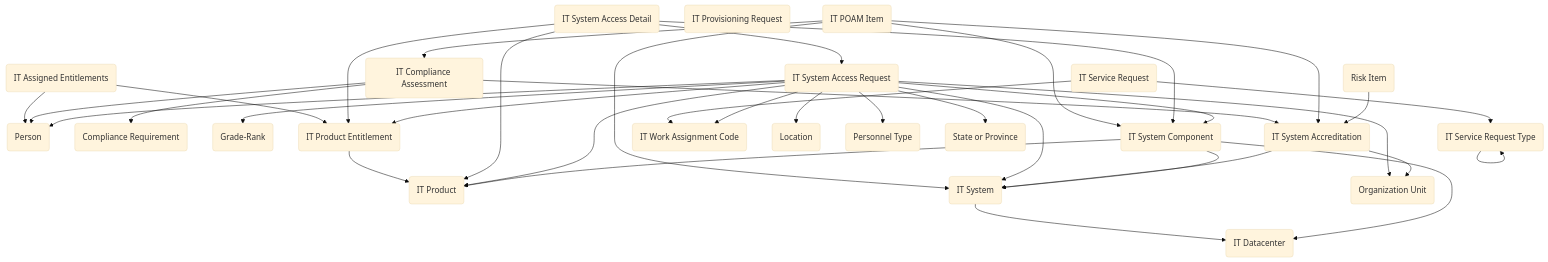
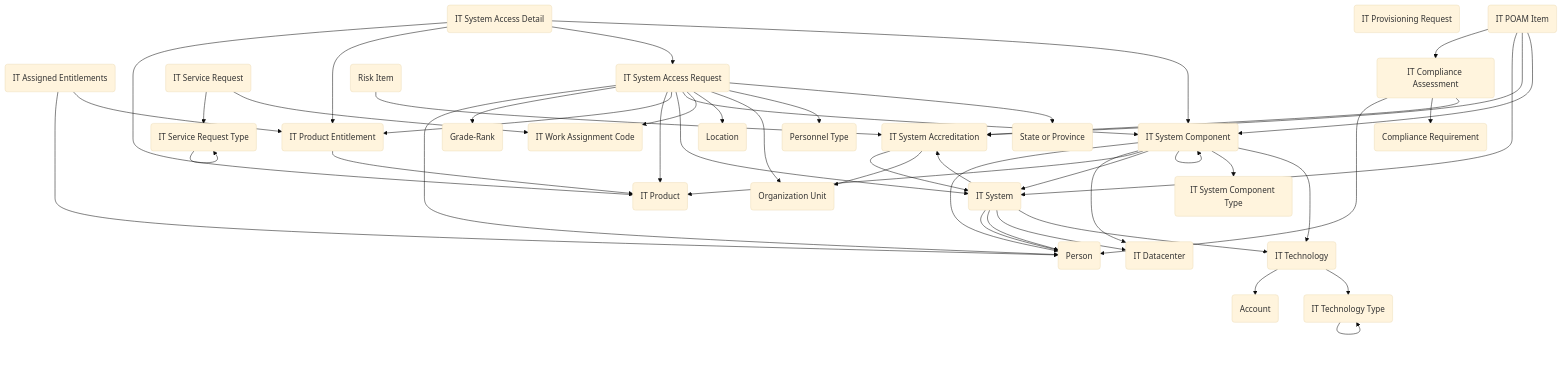
Before and after one commit to microsoft/gov-solutions: the diagram in _data_models/it-service-management.md, drawn with Mermaid (base theme). The commit also changed other lines of this file and 6 other files, not shown here.

````diff
--- a/_data_models/it-service-management.md
+++ b/_data_models/it-service-management.md
@@ -28,62 +32,77 @@
 ```mermaid
 graph TD
+  Account(Account)
   Contact(Person)
   govcdm_ComplianceRequirement(Compliance Requirement)
   govcdm_graderank(Grade-Rank)
   govcdm_ITAssignedEntitlements(IT Assigned Entitlements)
   govcdm_ITComplianceAssessment(IT Compliance Assessment)
   govcdm_ITDatacenter(IT Datacenter)
   govcdm_ITPOAMItem(IT POAM Item)
   govcdm_ITProduct(IT Product)
   govcdm_ITProductEntitlement(IT Product Entitlement)
   govcdm_ITProvisioningRequest(IT Provisioning Request)
   govcdm_ITServiceRequest(IT Service Request)
   govcdm_ITServiceRequestType(IT Service Request Type)
   govcdm_ITSystem(IT System)
   govcdm_ITSystemAccessDetail(IT System Access Detail)
   govcdm_ITSystemAccessRequest(IT System Access Request)
   govcdm_ITSystemAccreditation(IT System Accreditation)
   govcdm_ITSystemComponent(IT System Component)
+  govcdm_ITSystemComponentType(IT System Component Type)
+  govcdm_ITTechnology(IT Technology)
+  govcdm_ITTechnologyType(IT Technology Type)
   govcdm_ITWorkAssignmentCode(IT Work Assignment Code)
   govcdm_Location(Location)
   govcdm_organizationunit(Organization Unit)
   govcdm_personneltype(Personnel Type)
   govcdm_RiskItem(Risk Item)
   govcdm_stateorprovince(State or Province)
+  govcdm_ITTechnology --> Account
   govcdm_ITAssignedEntitlements --> Contact
   govcdm_ITComplianceAssessment --> Contact
+  govcdm_ITSystem --> Contact
+  govcdm_ITSystem --> Contact
   govcdm_ITSystemAccessRequest --> Contact
+  govcdm_ITSystemComponent --> Contact
   govcdm_ITComplianceAssessment --> govcdm_ComplianceRequirement
   govcdm_ITSystemAccessRequest --> govcdm_graderank
   govcdm_ITPOAMItem --> govcdm_ITComplianceAssessment
   govcdm_ITSystem --> govcdm_ITDatacenter
   govcdm_ITSystemComponent --> govcdm_ITDatacenter
   govcdm_ITProductEntitlement --> govcdm_ITProduct
   govcdm_ITSystemAccessDetail --> govcdm_ITProduct
   govcdm_ITSystemAccessRequest --> govcdm_ITProduct
   govcdm_ITSystemComponent --> govcdm_ITProduct
   govcdm_ITAssignedEntitlements --> govcdm_ITProductEntitlement
   govcdm_ITSystemAccessDetail --> govcdm_ITProductEntitlement
   govcdm_ITSystemAccessRequest --> govcdm_ITProductEntitlement
   govcdm_ITServiceRequest --> govcdm_ITServiceRequestType
   govcdm_ITServiceRequestType --> govcdm_ITServiceRequestType
   govcdm_ITPOAMItem --> govcdm_ITSystem
   govcdm_ITSystemAccessRequest --> govcdm_ITSystem
   govcdm_ITSystemAccreditation --> govcdm_ITSystem
   govcdm_ITSystemComponent --> govcdm_ITSystem
   govcdm_ITSystemAccessDetail --> govcdm_ITSystemAccessRequest
   govcdm_ITComplianceAssessment --> govcdm_ITSystemAccreditation
   govcdm_ITPOAMItem --> govcdm_ITSystemAccreditation
+  govcdm_ITSystem --> govcdm_ITSystemAccreditation
   govcdm_RiskItem --> govcdm_ITSystemAccreditation
   govcdm_ITPOAMItem --> govcdm_ITSystemComponent
   govcdm_ITSystemAccessDetail --> govcdm_ITSystemComponent
   govcdm_ITSystemAccessRequest --> govcdm_ITSystemComponent
+  govcdm_ITSystemComponent --> govcdm_ITSystemComponent
+  govcdm_ITSystemComponent --> govcdm_ITSystemComponentType
+  govcdm_ITSystem --> govcdm_ITTechnology
+  govcdm_ITSystemComponent --> govcdm_ITTechnology
+  govcdm_ITTechnology --> govcdm_ITTechnologyType
+  govcdm_ITTechnologyType --> govcdm_ITTechnologyType
   govcdm_ITServiceRequest --> govcdm_ITWorkAssignmentCode
   govcdm_ITSystemAccessRequest --> govcdm_ITWorkAssignmentCode
   govcdm_ITSystemAccessRequest --> govcdm_Location
   govcdm_ITSystemAccessRequest --> govcdm_organizationunit
   govcdm_ITSystemAccreditation --> govcdm_organizationunit
   govcdm_ITSystemAccessRequest --> govcdm_personneltype
   govcdm_ITSystemAccessRequest --> govcdm_stateorprovince
 
 ```
````
